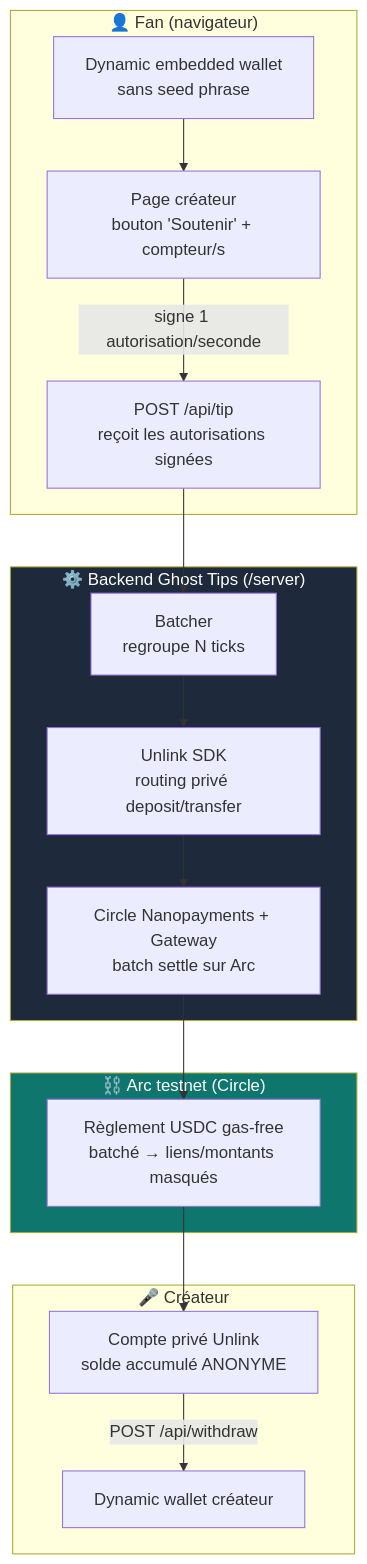
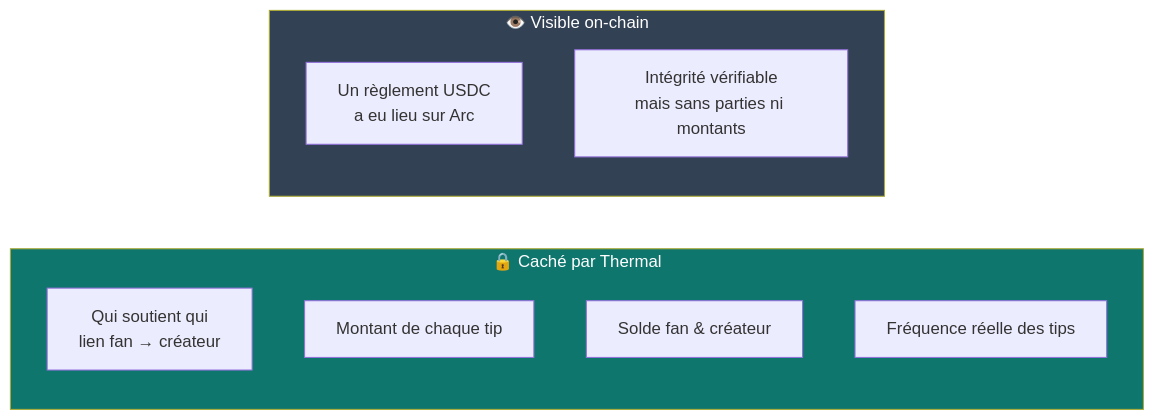
One commit to vassCaR/Thermal changed the second of 2 diagrams in README.md. Above: the diagram before and after it, drawn with Mermaid. The commit also changed other lines of this file, not shown here.

Commit message:
docs: rebrand README en Thermal + schémas (séquence + privé/public) plus lisibles

````diff
--- a/README.md
+++ b/README.md
@@ -19,25 +59,17 @@
 ```mermaid
-flowchart TD
-    subgraph FAN["👤 Fan (navigateur)"]
-        A[Dynamic embedded wallet<br/>sans seed phrase] --> B[Page créateur<br/>bouton 'Soutenir' + compteur/s]
-        B -->|signe 1 autorisation/seconde| C
+flowchart LR
+    subgraph PRIVE["🔒 Caché par Thermal"]
+        P1[Qui soutient qui<br/>lien fan → créateur]
+        P2[Montant de chaque tip]
+        P3[Solde fan & créateur]
+        P4[Fréquence réelle des tips]
     end
 
-    subgraph SERVER["⚙️ Backend Ghost Tips (/server)"]
-        C[POST /api/tip<br/>reçoit les autorisations signées] --> D[Batcher<br/>regroupe N ticks]
-        D --> E[Unlink SDK<br/>routing privé deposit/transfer]
-        E --> F[Circle Nanopayments + Gateway<br/>batch settle sur Arc]
+    subgraph PUBLIC["👁️ Visible on-chain"]
+        Q1[Un règlement USDC<br/>a eu lieu sur Arc]
+        Q2[Intégrité vérifiable<br/>mais sans parties ni montants]
     end
 
-    subgraph ARC["⛓️ Arc testnet (Circle)"]
-        F --> G[Règlement USDC gas-free<br/>batché → liens/montants masqués]
-    end
-
-    subgraph CREATOR["🎤 Créateur"]
-        G --> H[Compte privé Unlink<br/>solde accumulé ANONYME]
-        H -->|POST /api/withdraw| I[Dynamic wallet créateur]
-    end
-
-    style SERVER fill:#1e293b,color:#fff
-    style ARC fill:#0f766e,color:#fff
+    style PRIVE fill:#0f766e,color:#fff
+    style PUBLIC fill:#334155,color:#fff
 ```
````
